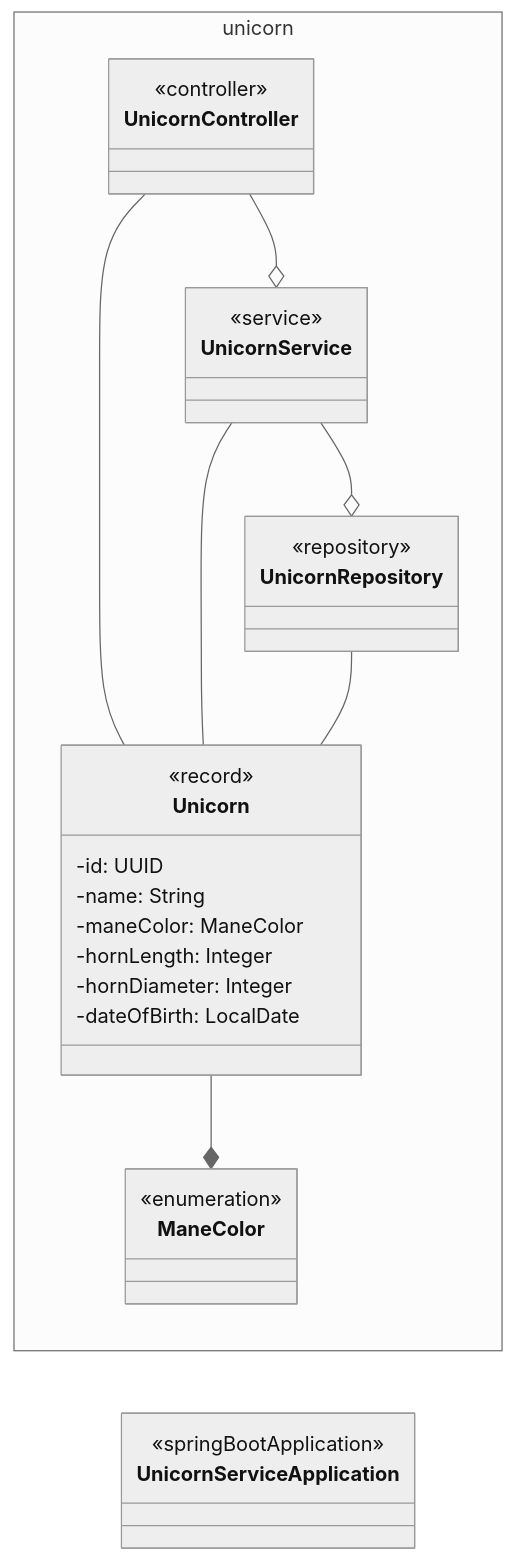
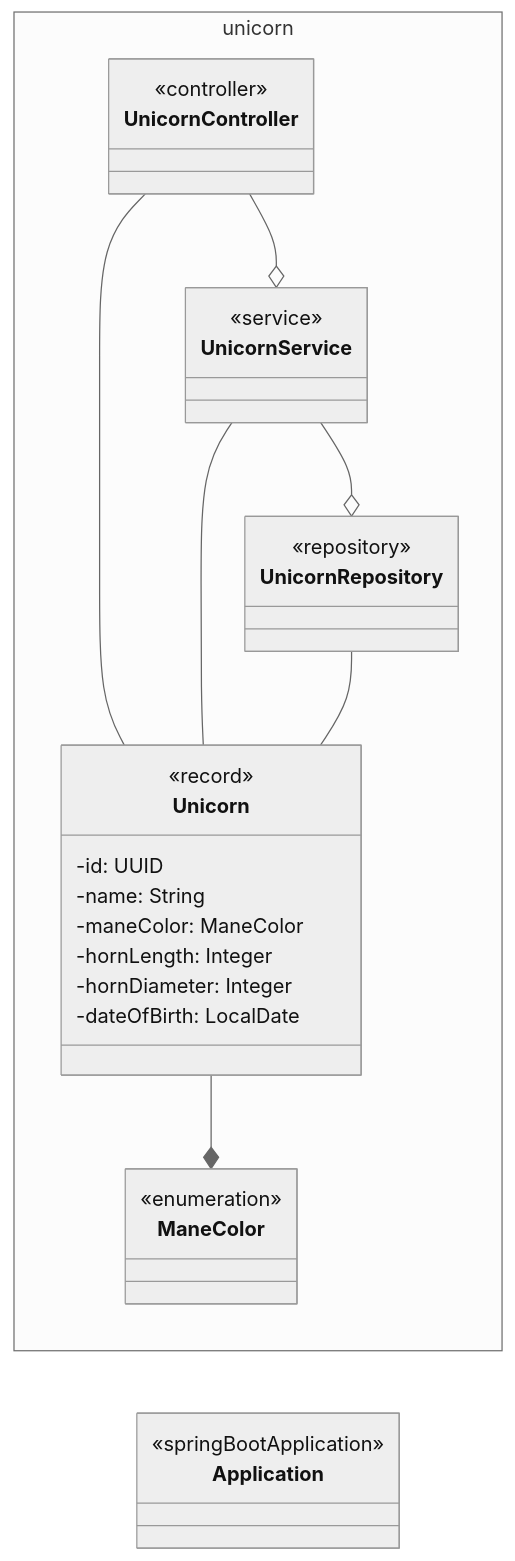
Before and after one commit to mkutz/untangle-your-spaghetti-test-code: the diagram in README.md, drawn with Mermaid (neutral theme). The commit also changed other lines of this file, not shown here.

````diff
--- a/README.md
+++ b/README.md
@@ -33,40 +39,40 @@
 ```mermaid
 classDiagram
     direction LR
-    class UnicornServiceApplication {
+    class Application {
         <<springBootApplication>>
     }
     namespace unicorn {
        class Unicorn {
            <<record>>
           -id: UUID
           -name: String
           -maneColor: ManeColor
           -hornLength: Integer
           -hornDiameter: Integer
           -dateOfBirth: LocalDate
        }
 
        class ManeColor {
            <<enumeration>>
        }
 
        class UnicornController {
            <<controller>>
         }
 
         class UnicornService {
             <<service>>
         }
 
         class UnicornRepository {
             <<repository>>
         }
     }
     UnicornController --o UnicornService
     UnicornService --o UnicornRepository
     UnicornController -- Unicorn
     UnicornService -- Unicorn
     UnicornRepository -- Unicorn
     Unicorn --* ManeColor
 ```
````
